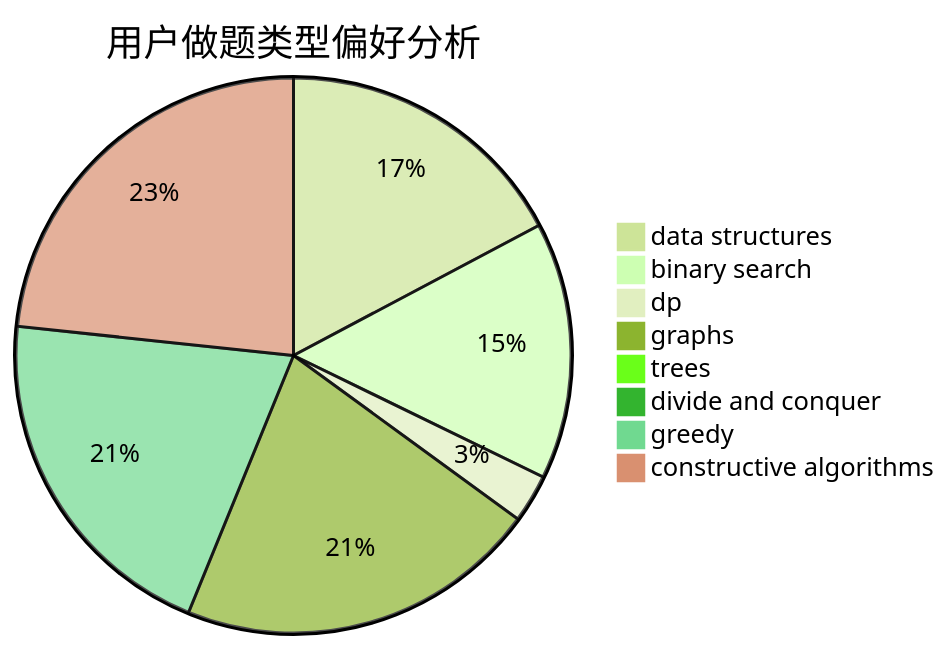
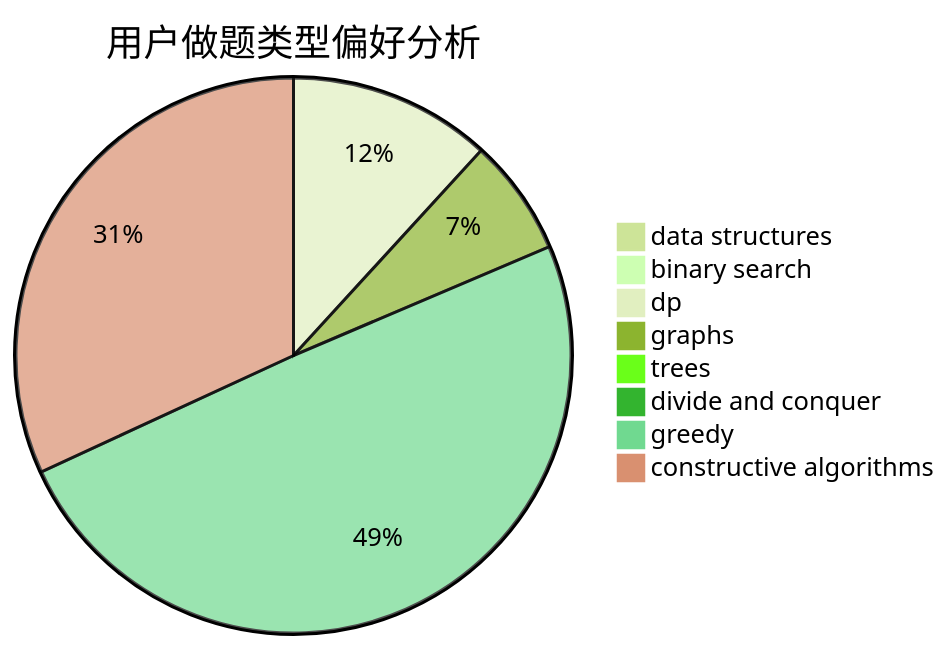
Before and after one commit to sherpahu/cfrs.github.io: the second of 3 diagrams in docs/user/u2080.md, drawn with Mermaid (forest theme). The commit also changed other lines of this file and 2770 other files, not shown here.

````diff
--- a/docs/user/u2080.md
+++ b/docs/user/u2080.md
@@ -23,11 +23,11 @@
 ```mermaid
 pie title 用户做题类型偏好分析
-    "data structures" :  190
-    "binary search" :  165
-    "dp" :  31
-    "graphs" :  233
+    "data structures" :  2
+    "binary search" :  9
+    "dp" :  111
+    "graphs" :  64
     "trees" :  0
-    "divide and conquer" :  0
-    "greedy" :  226
-    "constructive algorithms" :  257
+    "divide and conquer" :  1
+    "greedy" :  466
+    "constructive algorithms" :  300
 ```
````
